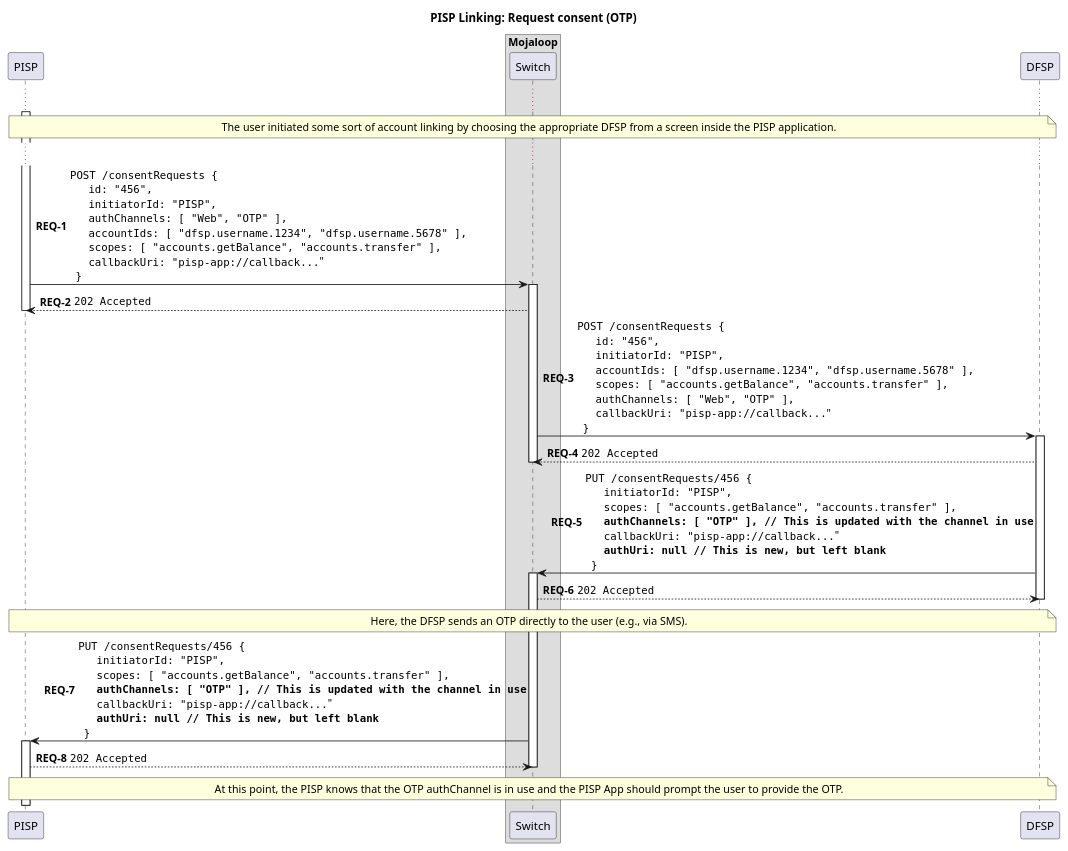
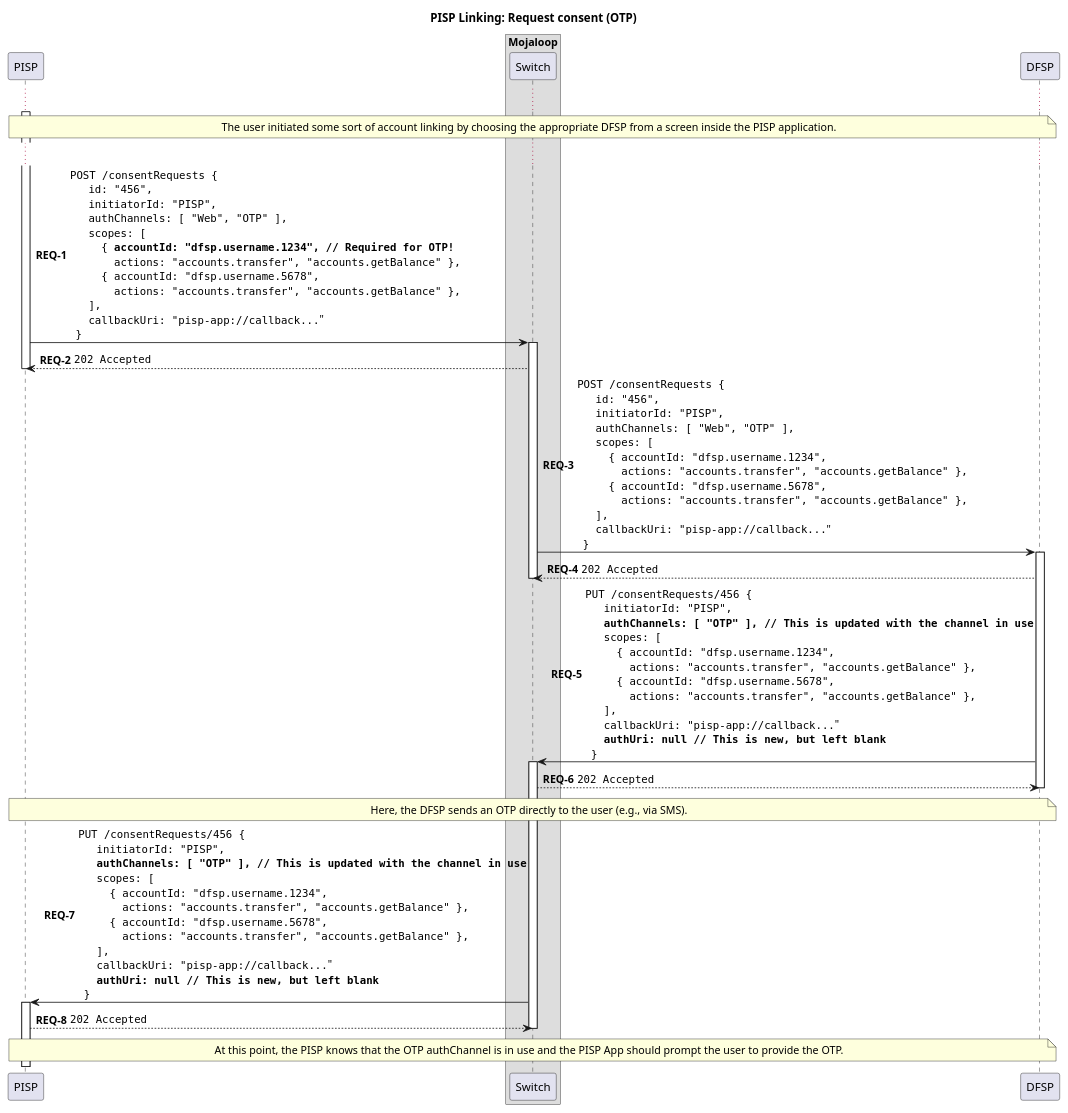
The diagram in docs/linking/2-request-consent-otp.puml (mojaloop/pisp-project), drawn with PlantUML before and after one commit. The commit also changed 6 other files, not shown here.

Commit message:
Updated sequence diagrams with proper scope structures.

```diff
--- a/docs/linking/2-request-consent-otp.puml
+++ b/docs/linking/2-request-consent-otp.puml
@@ -1,76 +1,94 @@
 @startuml
 
 title PISP Linking: Request consent (OTP)
 
 participant "PISP" as PISP
 
 box "Mojaloop"
     participant Switch
 end box
 
 participant DFSP
 
 autonumber 1 "<b>REQ-#</b>"
 
 activate PISP
 
 ...
 
 note over PISP, DFSP
     The user initiated some sort of account linking by choosing the appropriate DFSP from a screen inside the PISP application.
 end note
 
 ...
 
 PISP -> Switch ++: ""POST /consentRequests {""\n\
   ""  id: "456",""\n\
   ""  initiatorId: "PISP",""\n\
   ""  authChannels: [ "Web", "OTP" ],""\n\
-  ""  accountIds: [ "dfsp.username.1234", "dfsp.username.5678" ],""\n\
-  ""  scopes: [ "accounts.getBalance", "accounts.transfer" ],""\n\
+  ""  scopes: [ ""\n\
+  ""    { **accountId: "dfsp.username.1234", // Required for OTP!**""\n\
+  ""      actions: "accounts.transfer", "accounts.getBalance" },""\n\
+  ""    { accountId: "dfsp.username.5678",""\n\
+  ""      actions: "accounts.transfer", "accounts.getBalance" },""\n\
+  ""  ],""\n\
   ""  callbackUri: "pisp-app://callback..."""\n\
   ""}""
 Switch --> PISP: ""202 Accepted""
 deactivate PISP
 
 Switch -> DFSP ++:  ""POST /consentRequests {""\n\
   ""  id: "456",""\n\
   ""  initiatorId: "PISP",""\n\
-  ""  accountIds: [ "dfsp.username.1234", "dfsp.username.5678" ],""\n\
-  ""  scopes: [ "accounts.getBalance", "accounts.transfer" ],""\n\
   ""  authChannels: [ "Web", "OTP" ],""\n\
+  ""  scopes: [ ""\n\
+  ""    { accountId: "dfsp.username.1234",""\n\
+  ""      actions: "accounts.transfer", "accounts.getBalance" },""\n\
+  ""    { accountId: "dfsp.username.5678",""\n\
+  ""      actions: "accounts.transfer", "accounts.getBalance" },""\n\
+  ""  ],""\n\
   ""  callbackUri: "pisp-app://callback..."""\n\
   ""}""
 DFSP --> Switch: ""202 Accepted""
 deactivate Switch
 
 DFSP -> Switch ++: ""PUT /consentRequests/456 {""\n\
   ""  initiatorId: "PISP",""\n\
-  ""  scopes: [ "accounts.getBalance", "accounts.transfer" ],""\n\
   ""  **authChannels: [ "OTP" ], // This is updated with the channel in use**""\n\
+  ""  scopes: [ ""\n\
+  ""    { accountId: "dfsp.username.1234",""\n\
+  ""      actions: "accounts.transfer", "accounts.getBalance" },""\n\
+  ""    { accountId: "dfsp.username.5678",""\n\
+  ""      actions: "accounts.transfer", "accounts.getBalance" },""\n\
+  ""  ],""\n\
   ""  callbackUri: "pisp-app://callback..."""\n\
   ""  **authUri: null // This is new, but left blank**""\n\
   ""}""
 Switch --> DFSP: ""202 Accepted""
 
 note over PISP, DFSP
   Here, the DFSP sends an OTP directly to the user (e.g., via SMS).
 end note
 
 deactivate DFSP
 
 Switch -> PISP ++: ""PUT /consentRequests/456 {""\n\
   ""  initiatorId: "PISP",""\n\
-  ""  scopes: [ "accounts.getBalance", "accounts.transfer" ],""\n\
   ""  **authChannels: [ "OTP" ], // This is updated with the channel in use**""\n\
+  ""  scopes: [ ""\n\
+  ""    { accountId: "dfsp.username.1234",""\n\
+  ""      actions: "accounts.transfer", "accounts.getBalance" },""\n\
+  ""    { accountId: "dfsp.username.5678",""\n\
+  ""      actions: "accounts.transfer", "accounts.getBalance" },""\n\
+  ""  ],""\n\
   ""  callbackUri: "pisp-app://callback..."""\n\
   ""  **authUri: null // This is new, but left blank**""\n\
   ""}""
 PISP --> Switch: ""202 Accepted""
 deactivate Switch
 
 note over PISP, DFSP
   At this point, the PISP knows that the OTP authChannel is in use and the PISP App should prompt the user to provide the OTP.
 end note
 
 @enduml
```
